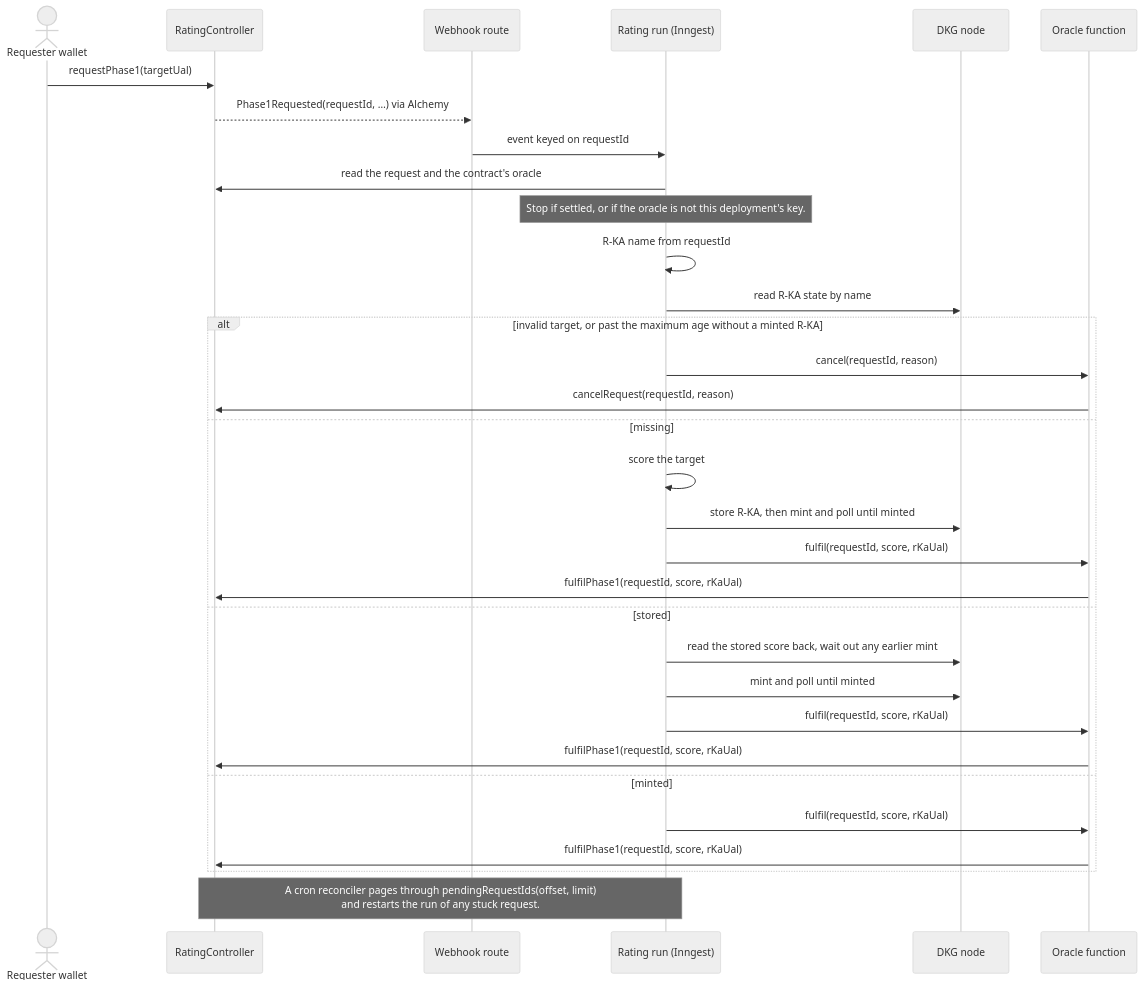
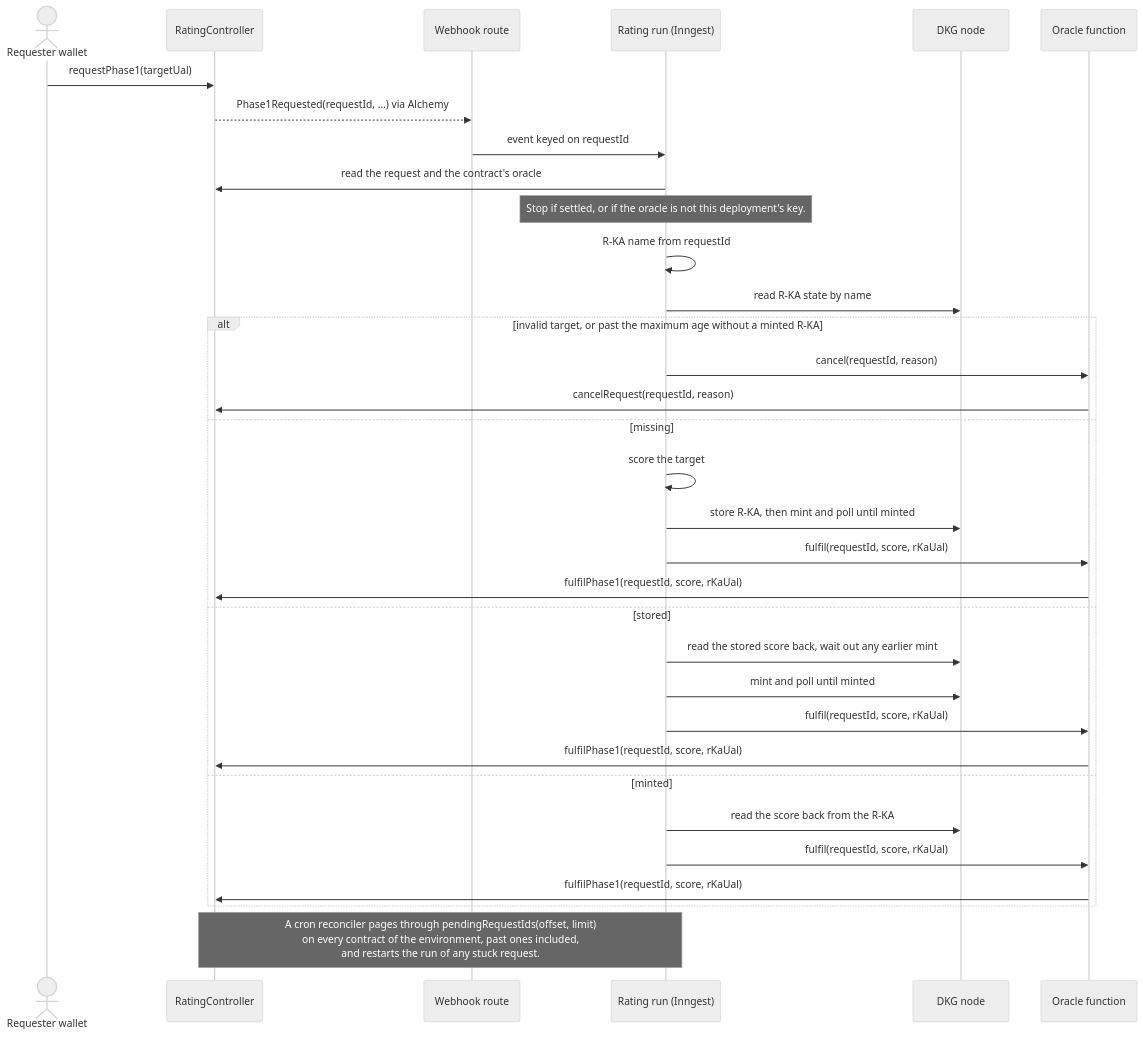
One commit to SiegfriedBz/verisci changed the second of 3 diagrams in README.md. Above: the diagram before and after it, drawn with Mermaid (neutral theme). The commit also changed other lines of this file, not shown here.

First line of the commit message:
docs: show where the score comes from and which contracts are reconciled

````diff
--- a/README.md
+++ b/README.md
@@ -83,34 +83,35 @@
 ```mermaid
 sequenceDiagram
   actor U as Requester wallet
   participant C as RatingController
   participant W as Webhook route
   participant R as Rating run (Inngest)
   participant N as DKG node
   participant O as Oracle function
   U->>C: requestPhase1(targetUal)
   C-->>W: Phase1Requested(requestId, …) via Alchemy
   W->>R: event keyed on requestId
   R->>C: read the request and the contract's oracle
   Note over R: Stop if settled, or if the oracle is not this deployment's key.
   R->>R: R-KA name from requestId
   R->>N: read R-KA state by name
   alt invalid target, or past the maximum age without a minted R-KA
     R->>O: cancel(requestId, reason)
     O->>C: cancelRequest(requestId, reason)
   else missing
     R->>R: score the target
     R->>N: store R-KA, then mint and poll until minted
     R->>O: fulfil(requestId, score, rKaUal)
     O->>C: fulfilPhase1(requestId, score, rKaUal)
   else stored
     R->>N: read the stored score back, wait out any earlier mint
     R->>N: mint and poll until minted
     R->>O: fulfil(requestId, score, rKaUal)
     O->>C: fulfilPhase1(requestId, score, rKaUal)
   else minted
+    R->>N: read the score back from the R-KA
     R->>O: fulfil(requestId, score, rKaUal)
     O->>C: fulfilPhase1(requestId, score, rKaUal)
   end
-  Note over C,R: A cron reconciler pages through pendingRequestIds(offset, limit)<br/>and restarts the run of any stuck request.
+  Note over C,R: A cron reconciler pages through pendingRequestIds(offset, limit)<br/>on every contract of the environment, past ones included,<br/>and restarts the run of any stuck request.
 ```
````
